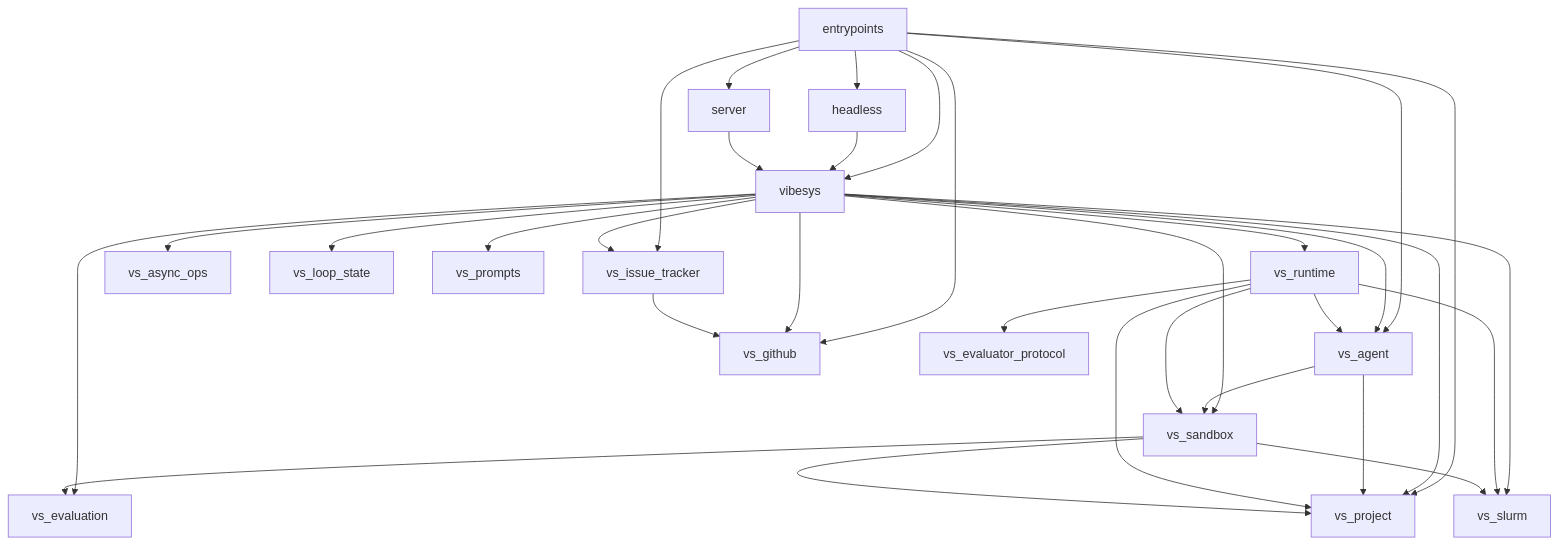
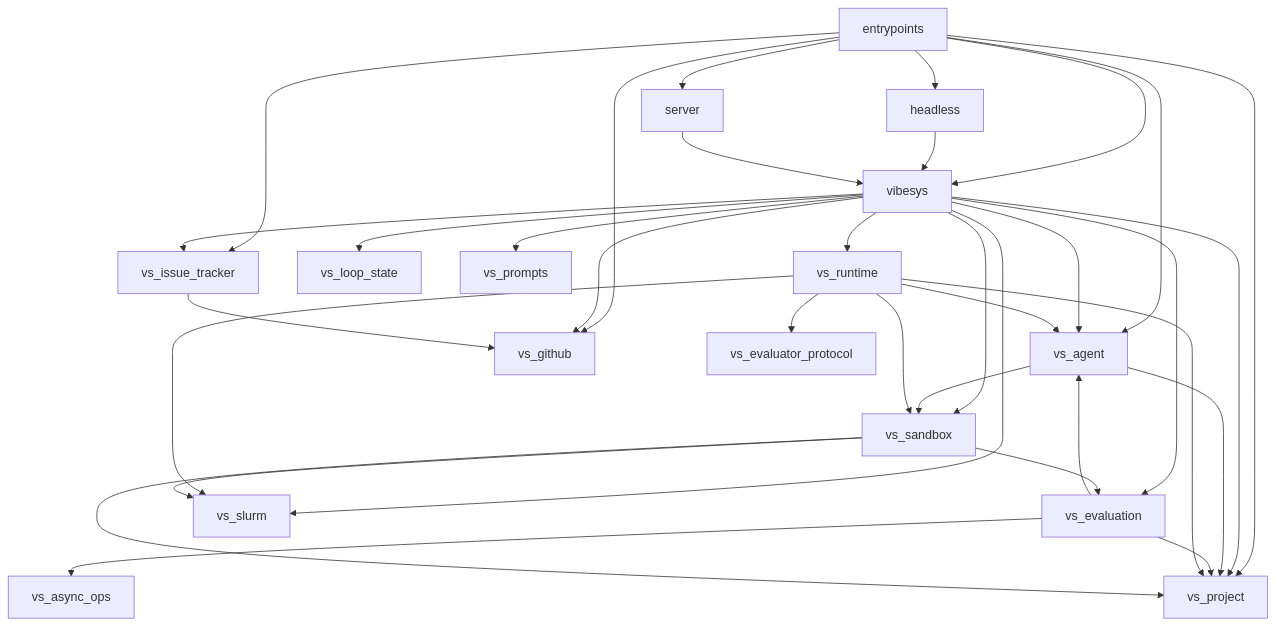
One commit to uw-syfi/vibesys changed the first of 3 diagrams in docs/contributing/architecture.md. Above: the diagram before and after it, drawn with Mermaid. The commit also changed other lines of this file and 26 other files, not shown here.

Commit message:
refactor(evaluation): extract agent infrastructure

````diff
--- a/docs/contributing/architecture.md
+++ b/docs/contributing/architecture.md
@@ -46,34 +46,36 @@
 ```mermaid
 graph TD
     entrypoints --> headless
     entrypoints --> server
     entrypoints --> vibesys
     entrypoints --> vs_agent
     entrypoints --> vs_github
     entrypoints --> vs_issue_tracker
     entrypoints --> vs_project
     headless --> vibesys
     server --> vibesys
     vibesys --> vs_agent
-    vibesys --> vs_async_ops
     vibesys --> vs_evaluation
     vibesys --> vs_github
     vibesys --> vs_issue_tracker
     vibesys --> vs_loop_state
     vibesys --> vs_project
     vibesys --> vs_prompts
     vibesys --> vs_runtime
     vibesys --> vs_sandbox
     vibesys --> vs_slurm
     vs_agent --> vs_project
     vs_agent --> vs_sandbox
+    vs_evaluation --> vs_agent
+    vs_evaluation --> vs_async_ops
+    vs_evaluation --> vs_project
     vs_issue_tracker --> vs_github
     vs_runtime --> vs_agent
     vs_runtime --> vs_evaluator_protocol
     vs_runtime --> vs_project
     vs_runtime --> vs_sandbox
     vs_runtime --> vs_slurm
     vs_sandbox --> vs_evaluation
     vs_sandbox --> vs_project
     vs_sandbox --> vs_slurm
 ```
````
